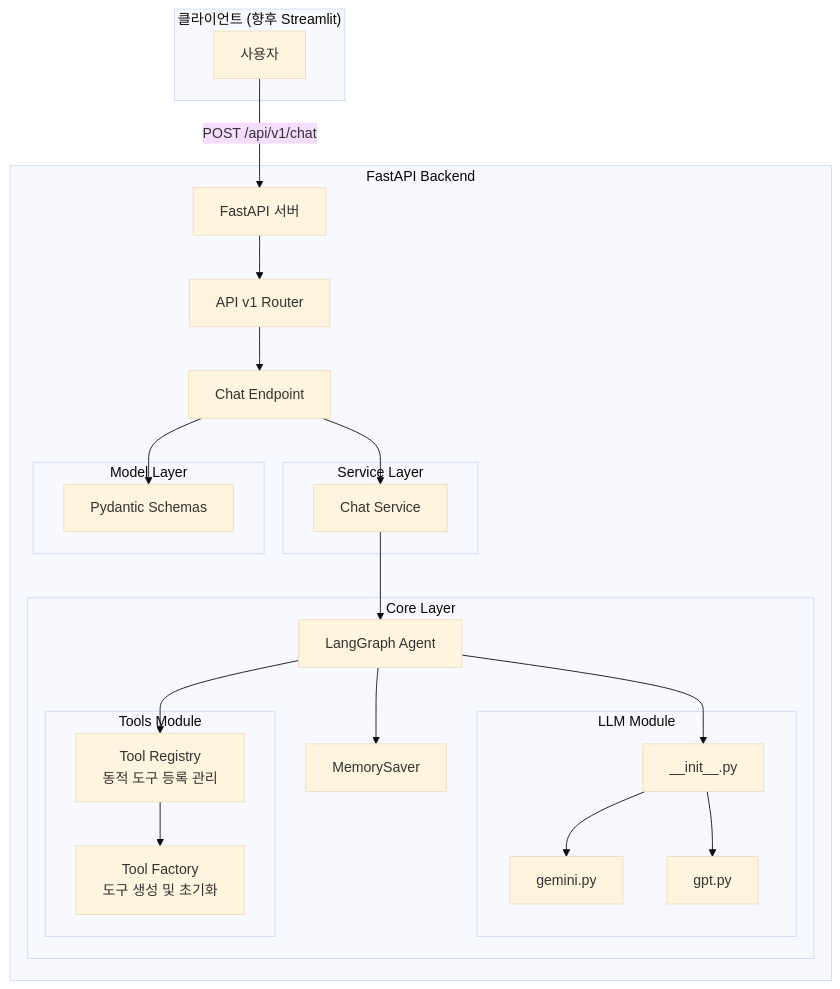
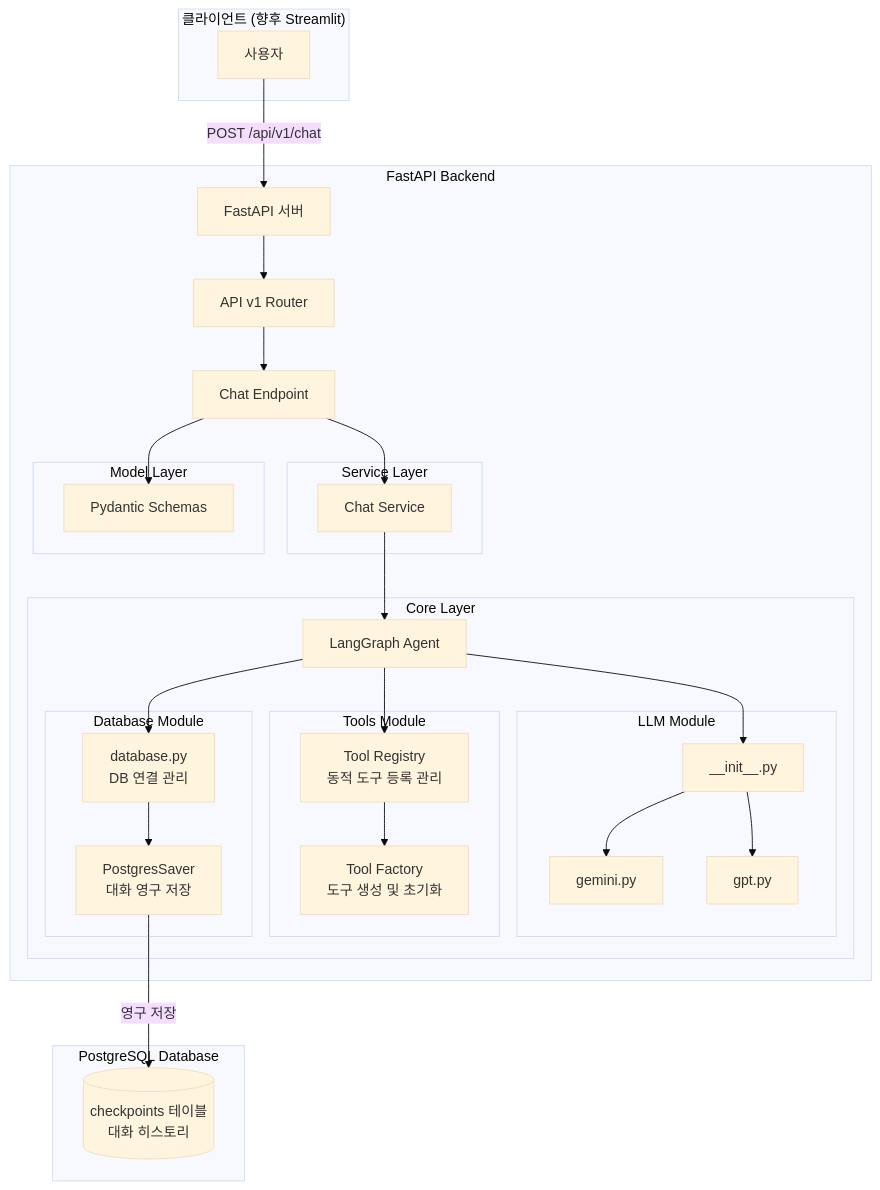
Before and after one commit to jchyng/KOSA_healthcare_team3: the first of 2 diagrams in documents/아키텍처.md, drawn with Mermaid (base theme). The commit also changed other lines of this file and 3 other files, not shown here.

````diff
--- a/documents/아키텍처.md
+++ b/documents/아키텍처.md
@@ -9,50 +15,59 @@
 ```mermaid
 graph TB
     subgraph Client["클라이언트 (향후 Streamlit)"]
         C[사용자]
     end
 
     subgraph Backend["FastAPI Backend"]
         API[FastAPI 서버]
         Router[API v1 Router]
         Endpoint[Chat Endpoint]
 
         subgraph Service["Service Layer"]
             ChatService[Chat Service]
         end
 
         subgraph Core["Core Layer"]
             Agent[LangGraph Agent]
 
             subgraph LLM_Module["LLM Module"]
                 LLM_Init[__init__.py]
                 Gemini[gemini.py]
                 GPT[gpt.py]
             end
 
             subgraph Tools_Module["Tools Module"]
                 ToolRegistry[Tool Registry<br/>동적 도구 등록 관리]
                 ToolFactory[Tool Factory<br/>도구 생성 및 초기화]
             end
 
-            Memory[MemorySaver]
+            subgraph Database_Module["Database Module"]
+                DB[database.py<br/>DB 연결 관리]
+                PostgresSaver[PostgresSaver<br/>대화 영구 저장]
+            end
         end
 
         subgraph Models["Model Layer"]
             Schema[Pydantic Schemas]
         end
+    end
+
+    subgraph Database["PostgreSQL Database"]
+        CheckpointsTable[(checkpoints 테이블<br/>대화 히스토리)]
     end
 
     C -->|POST /api/v1/chat| API
     API --> Router
     Router --> Endpoint
     Endpoint --> ChatService
     ChatService --> Agent
     Agent --> LLM_Init
     LLM_Init --> Gemini
     LLM_Init --> GPT
-    Agent --> Memory
+    Agent --> DB
+    DB --> PostgresSaver
+    PostgresSaver -->|영구 저장| CheckpointsTable
     Agent --> ToolRegistry
     ToolRegistry --> ToolFactory
     Endpoint --> Schema
 ```
````
